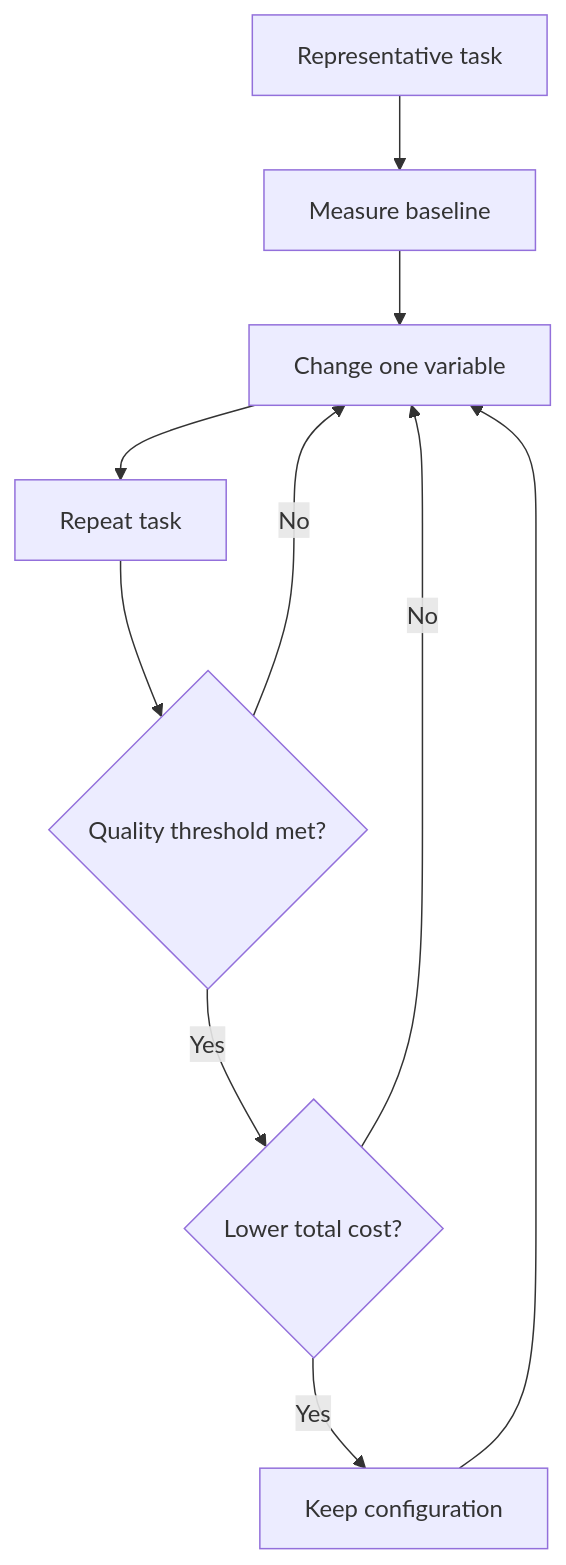
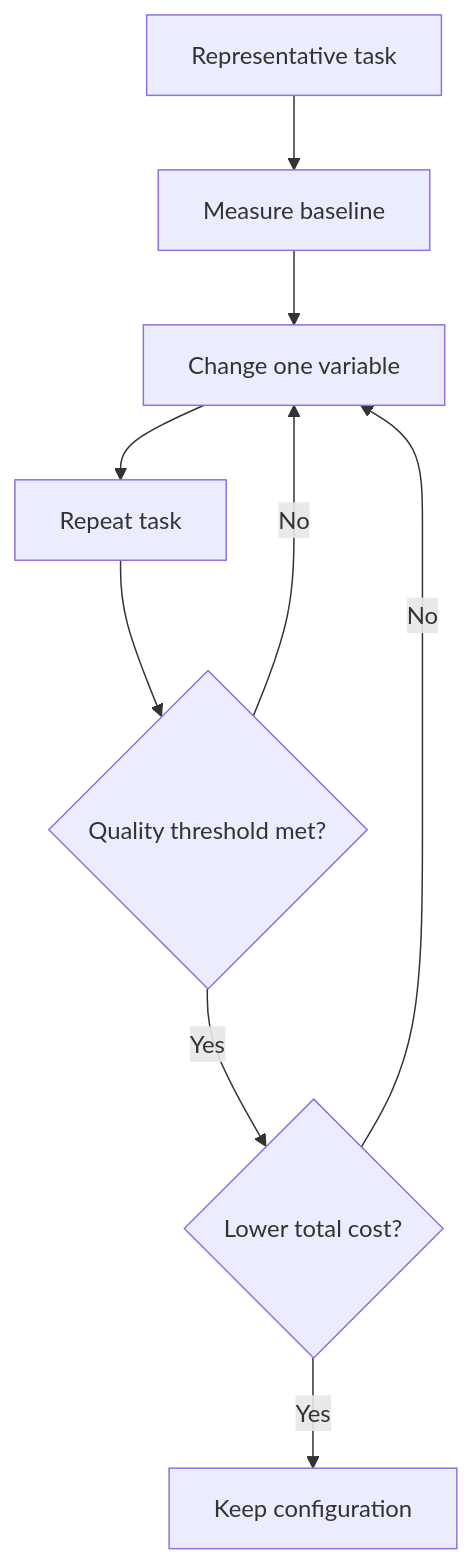
One commit to dandahprecio/vibe-on-budget changed the second of 2 diagrams in token-economy-course/src/content/docs/en/03-measure-before-you-cut.mdx. Above: the diagram before and after it, drawn with Mermaid. The commit also changed other lines of this file and 26 other files, not shown here.

````diff
--- a/token-economy-course/src/content/docs/en/03-measure-before-you-cut.mdx
+++ b/token-economy-course/src/content/docs/en/03-measure-before-you-cut.mdx
@@ -178,12 +174,11 @@
 ```mermaid
 flowchart TD
     A[Representative task] --> B[Measure baseline]
     B --> C[Change one variable]
     C --> D[Repeat task]
     D --> E{Quality threshold met?}
     E -->|No| C
     E -->|Yes| F{Lower total cost?}
     F -->|No| C
     F -->|Yes| G[Keep configuration]
-    G --> C
 ```
````
